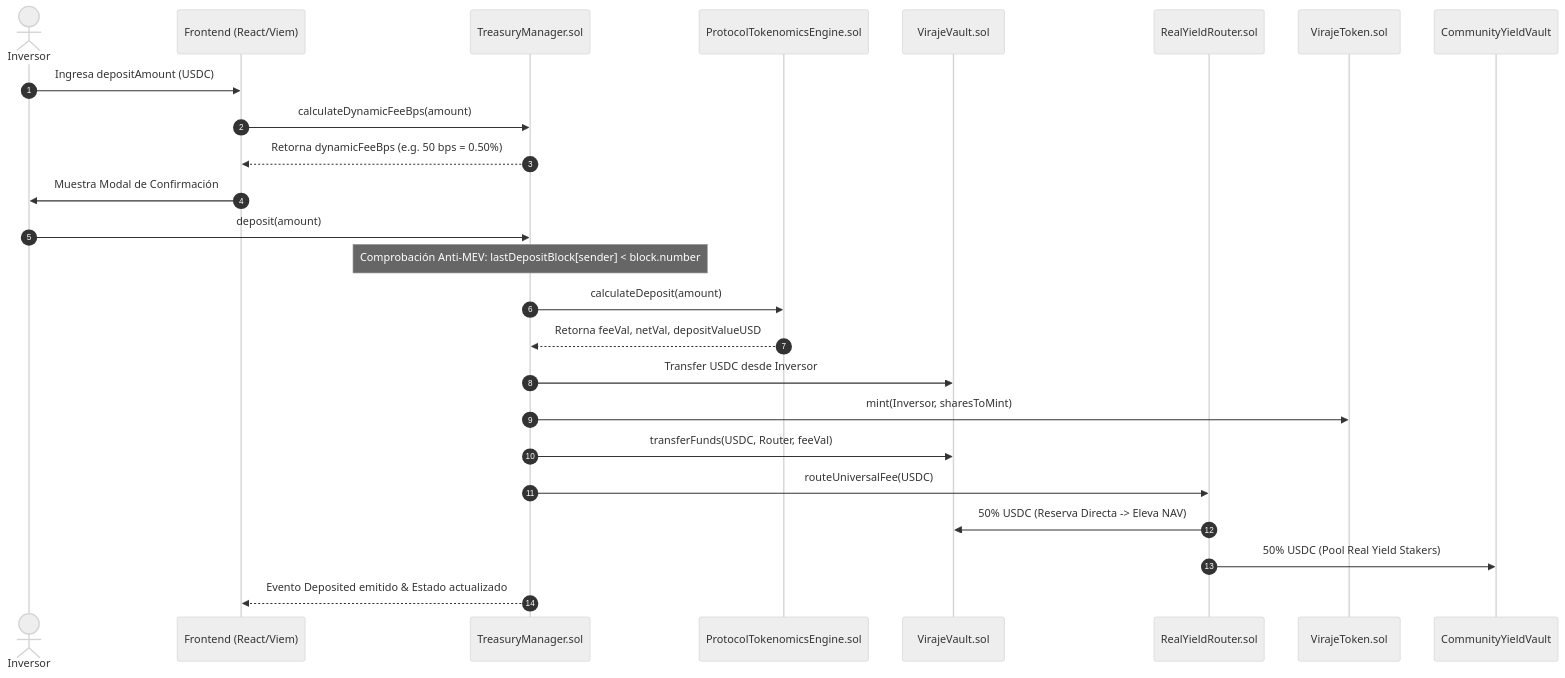
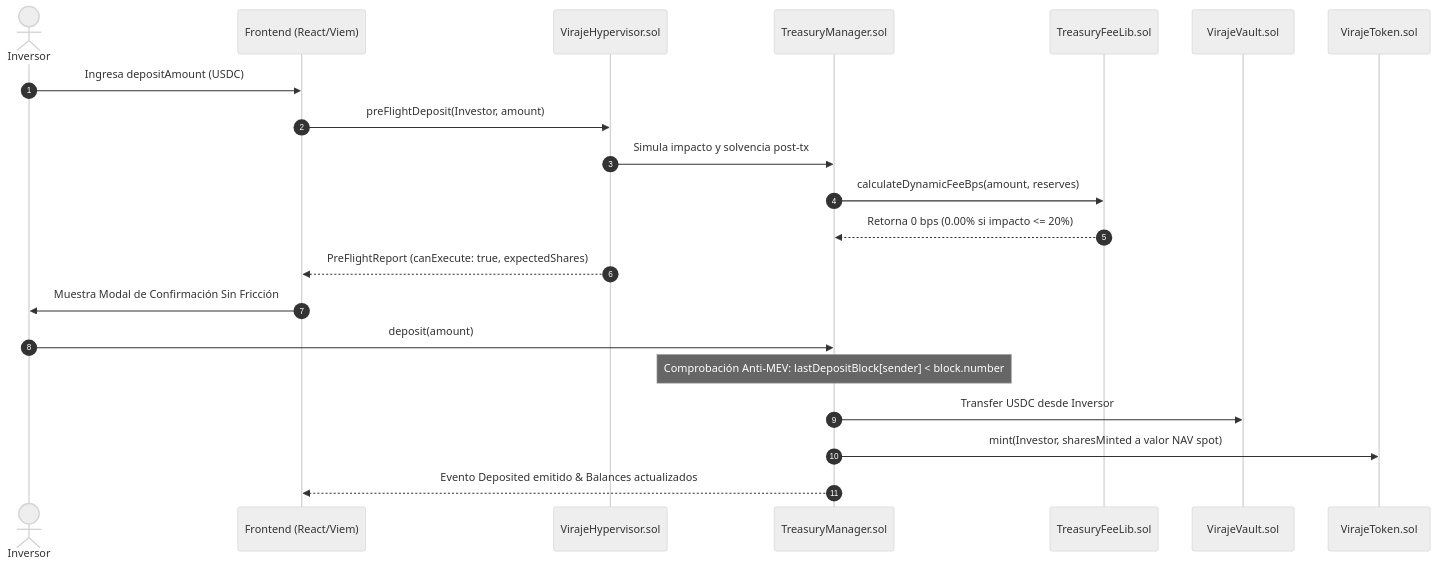
One commit to JaviMartin92/token changed the second of 3 diagrams in docs/FULL_ARCHITECTURE_SPECIFICATION.md. Above: the diagram before and after it, drawn with Mermaid (neutral theme). The commit also changed other lines of this file and 3 other files, not shown here.

Commit message:
docs(institutional): complete v7.0 overhaul of tokenomics, whitepaper, architecture specification, and readme

````diff
--- a/docs/FULL_ARCHITECTURE_SPECIFICATION.md
+++ b/docs/FULL_ARCHITECTURE_SPECIFICATION.md
@@ -124,27 +131,24 @@
 ```mermaid
 sequenceDiagram
     autonumber
     actor Investor as Inversor
     participant App as Frontend (React/Viem)
+    participant Hypervisor as VirajeHypervisor.sol
     participant Treasury as TreasuryManager.sol
-    participant Engine as ProtocolTokenomicsEngine.sol
+    participant FeeLib as TreasuryFeeLib.sol
     participant Vault as VirajeVault.sol
-    participant Router as RealYieldRouter.sol
     participant Token as VirajeToken.sol
 
     Investor->>App: Ingresa depositAmount (USDC)
-    App->>Treasury: calculateDynamicFeeBps(amount)
-    Treasury-->>App: Retorna dynamicFeeBps (e.g. 50 bps = 0.50%)
-    App->>Investor: Muestra Modal de Confirmación
+    App->>Hypervisor: preFlightDeposit(Investor, amount)
+    Hypervisor->>Treasury: Simula impacto y solvencia post-tx
+    Treasury->>FeeLib: calculateDynamicFeeBps(amount, reserves)
+    FeeLib-->>Treasury: Retorna 0 bps (0.00% si impacto <= 20%)
+    Hypervisor-->>App: PreFlightReport (canExecute: true, expectedShares)
+    App->>Investor: Muestra Modal de Confirmación Sin Fricción
     Investor->>Treasury: deposit(amount)
     Note over Treasury: Comprobación Anti-MEV: lastDepositBlock[sender] < block.number
-    Treasury->>Engine: calculateDeposit(amount)
-    Engine-->>Treasury: Retorna feeVal, netVal, depositValueUSD
     Treasury->>Vault: Transfer USDC desde Inversor
-    Treasury->>Token: mint(Inversor, sharesToMint)
-    Treasury->>Vault: transferFunds(USDC, Router, feeVal)
-    Treasury->>Router: routeUniversalFee(USDC)
-    Router->>Vault: 50% USDC (Reserva Directa -> Eleva NAV)
-    Router->>CommunityYieldVault: 50% USDC (Pool Real Yield Stakers)
-    Treasury-->>App: Evento Deposited emitido & Estado actualizado
+    Treasury->>Token: mint(Investor, sharesMinted a valor NAV spot)
+    Treasury-->>App: Evento Deposited emitido & Balances actualizados
 ```
````
